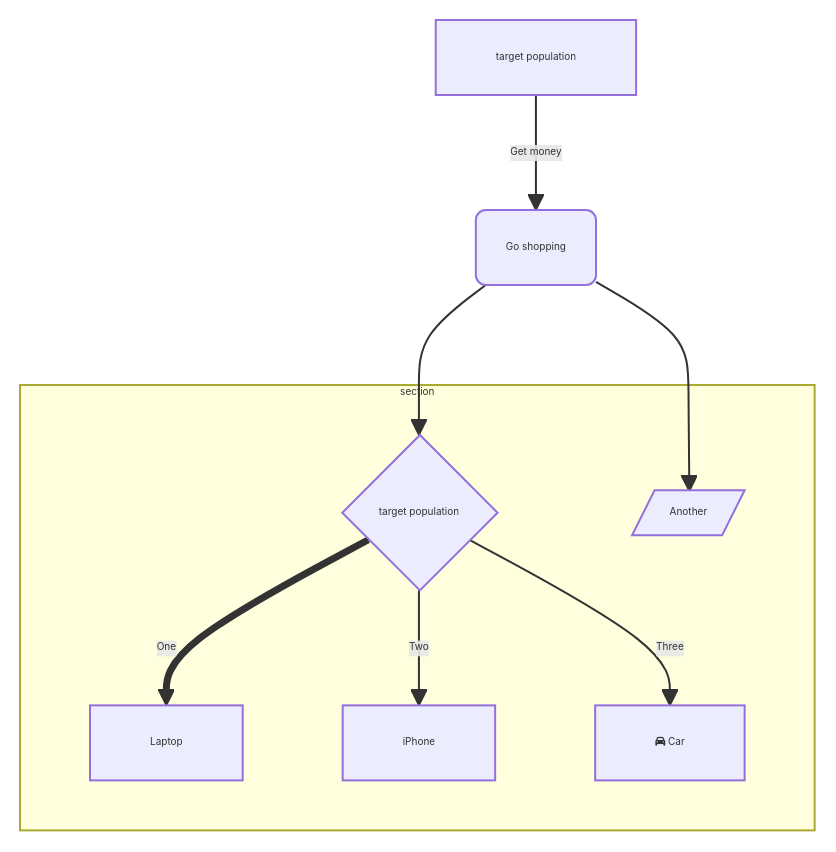
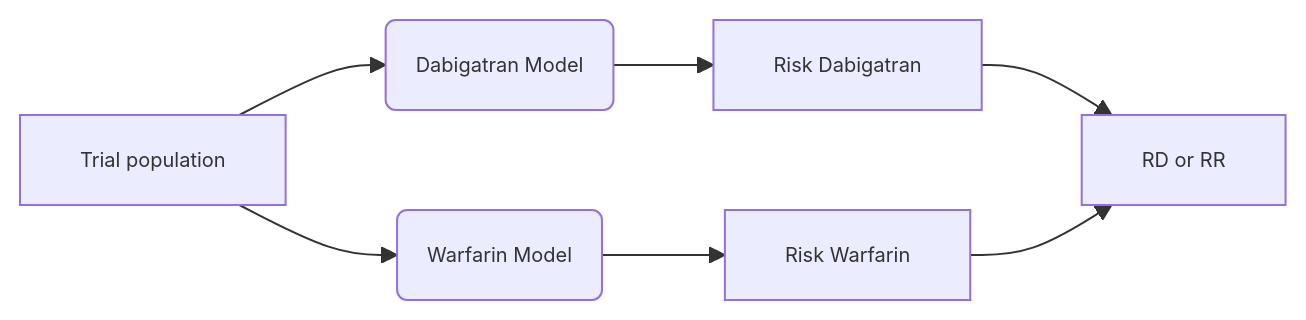
The second of 2 diagrams in present.qmd (IgnaLeiva/Transportability), drawn with Mermaid before and after one commit. The commit also changed other lines of this file and 8 other files, not shown here.

````diff
--- a/present.qmd
+++ b/present.qmd
@@ -421,18 +430,12 @@
 ```{mermaid}
-%%| fig-width: 3.5
-%%{init: {'themeVariables': { 'primaryColor': '#ff0000',"fontSize": "5px"}}}%%
-        graph TD
-          A[target population] -->|Get money| B(Go shopping)
-          B --> C{target population}
-          B --> G[/Another/]
-          C ==>|One| D[Laptop]
-          C -->|Two| E[iPhone]
-          C -->|Three| F[fa:fa-car Car]
-          subgraph section
-            C
-            D
-            E
-            F
-            G
-          end
+%%| fig-width: 10
+%%{init: {'themeVariables': { 'primaryColor': '#ff0000',"fontSize": "10px"}}}%%
+        graph LR
+          A[Target population] --> B(Warfarin Model)
+          A[Trial population] --> C(Dabigatran Model)
+          C --> D[Risk Dabigatran]
+          B --> E[Risk Warfarin]
+          D --> F[RD or RR]
+          E --> F
+
 ```
````
